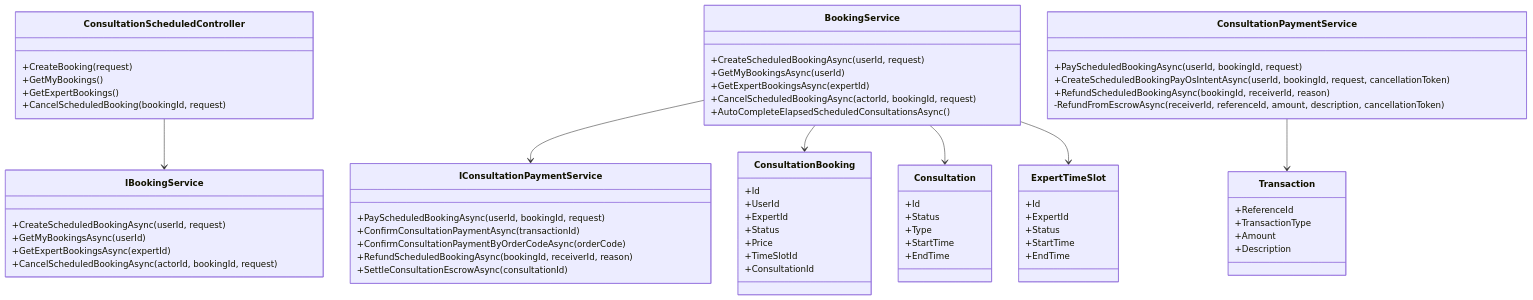
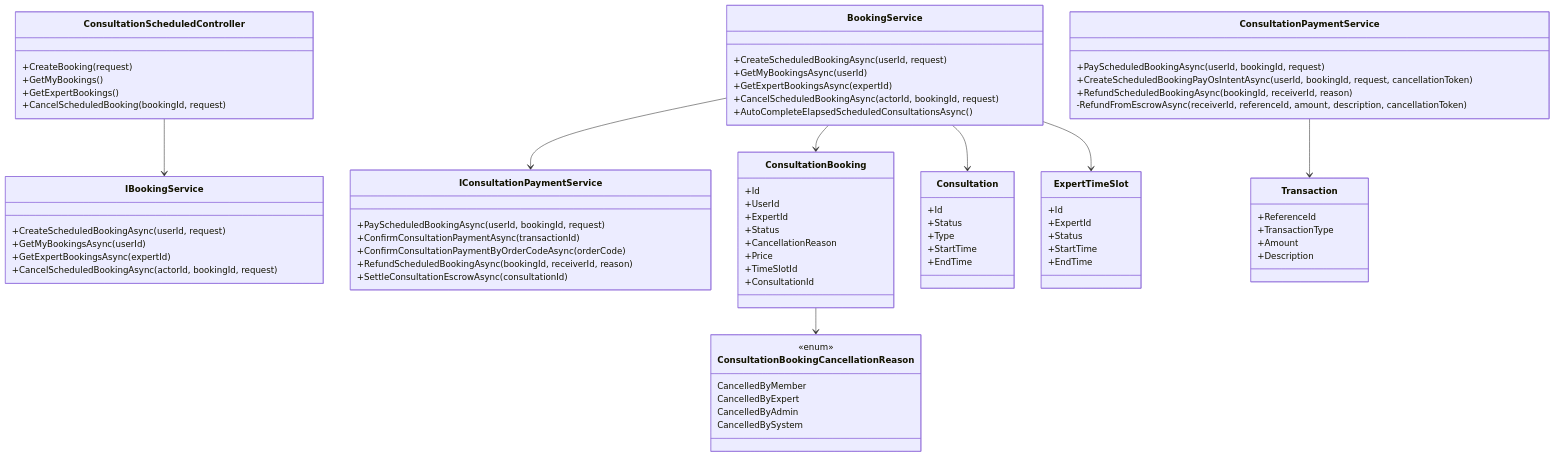
Before and after one commit to Snake-AID/SnakeAid.Docs: the first of 5 diagrams in Docs/05-Backend/02-layers/scheduled-booking-cancel/scheduled-booking-cancel.sourcecode.md, drawn with Mermaid. The commit also changed other lines of this file and 3 other files, not shown here.

First line of the commit message:
docs(scheduled-booking-cancel): lock cancellation reason and status decisions

```diff
--- a/Docs/05-Backend/02-layers/scheduled-booking-cancel/scheduled-booking-cancel.sourcecode.md
+++ b/Docs/05-Backend/02-layers/scheduled-booking-cancel/scheduled-booking-cancel.sourcecode.md
@@ -159,9 +170,18 @@
         +UserId
         +ExpertId
         +Status
+        +CancellationReason
         +Price
         +TimeSlotId
         +ConsultationId
+    }
+
+    class ConsultationBookingCancellationReason {
+        <<enum>>
+        CancelledByMember
+        CancelledByExpert
+        CancelledByAdmin
+        CancelledBySystem
     }
 
     class Consultation {
@@ -190,6 +210,7 @@
     ConsultationScheduledController --> IBookingService
     BookingService --> IConsultationPaymentService
     BookingService --> ConsultationBooking
+    ConsultationBooking --> ConsultationBookingCancellationReason
     BookingService --> Consultation
     BookingService --> ExpertTimeSlot
     ConsultationPaymentService --> Transaction
```
